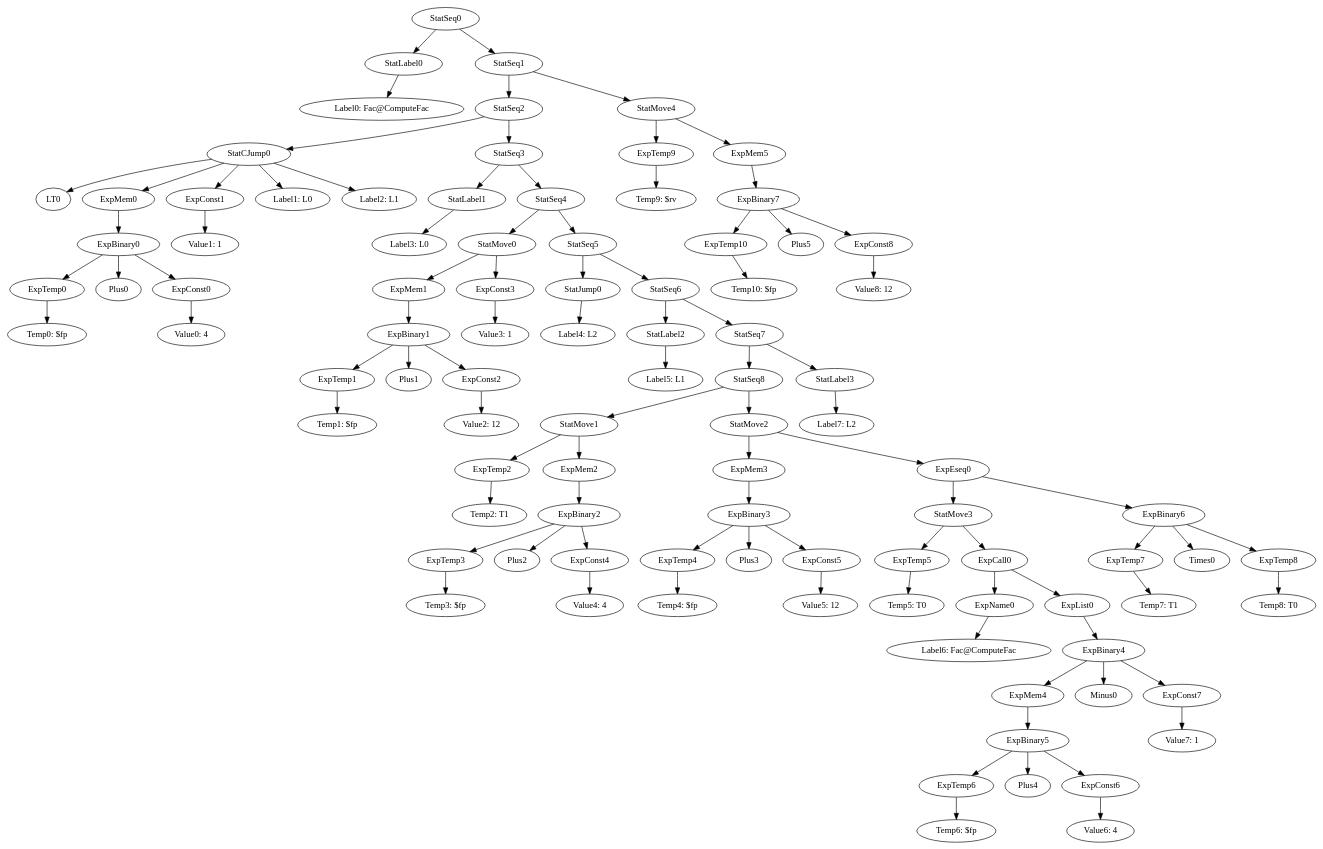
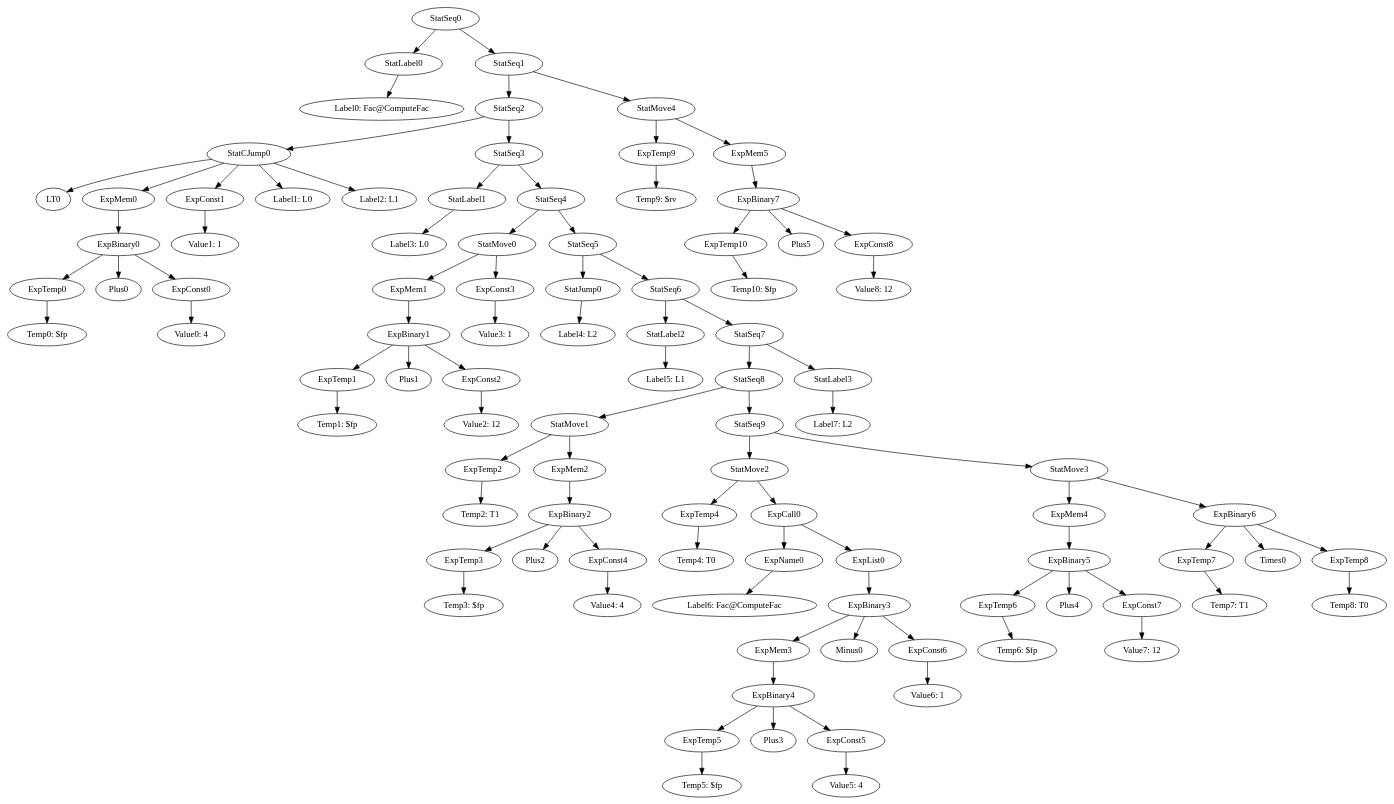
The diagram in MiniJava/results/SamplesCorrect/Factorial/irtCanon2_Fac@ComputeFac.gv (team-compilers/compilers), drawn with Graphviz before and after one commit. The commit also changed 2 other files, not shown here.

```diff
--- a/MiniJava/results/SamplesCorrect/Factorial/irtCanon2_Fac@ComputeFac.gv
+++ b/MiniJava/results/SamplesCorrect/Factorial/irtCanon2_Fac@ComputeFac.gv
@@ -1,97 +1,97 @@
 digraph {
 	ordering = out;
 	ExpTemp10 -> "Temp10: $fp";
 	StatMove4 -> ExpTemp9;
 	StatMove4 -> ExpMem5;
 	ExpTemp9 -> "Temp9: $rv";
 	StatSeq1 -> StatSeq2;
 	StatSeq1 -> StatMove4;
 	StatSeq7 -> StatSeq8;
 	StatSeq7 -> StatLabel3;
 	ExpBinary7 -> ExpTemp10;
 	ExpBinary7 -> Plus5;
 	ExpBinary7 -> ExpConst8;
 	ExpTemp8 -> "Temp8: T0";
 	ExpBinary6 -> ExpTemp7;
 	ExpBinary6 -> Times0;
 	ExpBinary6 -> ExpTemp8;
 	StatSeq5 -> StatJump0;
 	StatSeq5 -> StatSeq6;
 	StatMove1 -> ExpTemp2;
 	StatMove1 -> ExpMem2;
 	StatLabel2 -> "Label5: L1";
 	StatJump0 -> "Label4: L2";
 	StatSeq4 -> StatMove0;
 	StatSeq4 -> StatSeq5;
 	StatLabel1 -> "Label3: L0";
 	ExpMem2 -> ExpBinary2;
 	ExpCall0 -> ExpName0;
 	ExpCall0 -> ExpList0;
+	StatSeq9 -> StatMove2;
+	StatSeq9 -> StatMove3;
 	ExpConst3 -> "Value3: 1";
-	ExpConst7 -> "Value7: 1";
+	ExpConst7 -> "Value7: 12";
 	ExpTemp1 -> "Temp1: $fp";
 	StatSeq0 -> StatLabel0;
 	StatSeq0 -> StatSeq1;
-	ExpTemp5 -> "Temp5: T0";
+	ExpTemp5 -> "Temp5: $fp";
 	StatSeq6 -> StatLabel2;
 	StatSeq6 -> StatSeq7;
 	ExpTemp3 -> "Temp3: $fp";
 	StatSeq8 -> StatMove1;
-	StatSeq8 -> StatMove2;
+	StatSeq8 -> StatSeq9;
 	StatMove0 -> ExpMem1;
 	StatMove0 -> ExpConst3;
 	StatSeq3 -> StatLabel1;
 	StatSeq3 -> StatSeq4;
 	ExpTemp7 -> "Temp7: T1";
 	ExpTemp0 -> "Temp0: $fp";
 	ExpBinary0 -> ExpTemp0;
 	ExpBinary0 -> Plus0;
 	ExpBinary0 -> ExpConst0;
 	ExpMem4 -> ExpBinary5;
 	ExpBinary1 -> ExpTemp1;
 	ExpBinary1 -> Plus1;
 	ExpBinary1 -> ExpConst2;
 	ExpMem0 -> ExpBinary0;
 	StatSeq2 -> StatCJump0;
 	StatSeq2 -> StatSeq3;
 	ExpMem1 -> ExpBinary1;
-	ExpConst6 -> "Value6: 4";
+	ExpConst6 -> "Value6: 1";
 	ExpConst1 -> "Value1: 1";
 	ExpTemp2 -> "Temp2: T1";
 	ExpMem5 -> ExpBinary7;
 	StatLabel0 -> "Label0: Fac@ComputeFac";
 	ExpBinary2 -> ExpTemp3;
 	ExpBinary2 -> Plus2;
 	ExpBinary2 -> ExpConst4;
 	ExpConst8 -> "Value8: 12";
 	StatLabel3 -> "Label7: L2";
 	ExpConst4 -> "Value4: 4";
-	ExpTemp4 -> "Temp4: $fp";
+	ExpTemp4 -> "Temp4: T0";
+	StatMove2 -> ExpTemp4;
+	StatMove2 -> ExpCall0;
+	ExpName0 -> "Label6: Fac@ComputeFac";
+	ExpConst0 -> "Value0: 4";
+	ExpBinary4 -> ExpTemp5;
+	ExpBinary4 -> Plus3;
+	ExpBinary4 -> ExpConst5;
+	ExpConst5 -> "Value5: 4";
 	ExpConst2 -> "Value2: 12";
-	ExpBinary3 -> ExpTemp4;
-	ExpBinary3 -> Plus3;
-	ExpBinary3 -> ExpConst5;
-	ExpConst5 -> "Value5: 12";
-	ExpMem3 -> ExpBinary3;
-	StatMove2 -> ExpMem3;
-	StatMove2 -> ExpEseq0;
-	StatMove3 -> ExpTemp5;
-	StatMove3 -> ExpCall0;
-	ExpName0 -> "Label6: Fac@ComputeFac";
-	ExpTemp6 -> "Temp6: $fp";
-	ExpBinary5 -> ExpTemp6;
-	ExpBinary5 -> Plus4;
-	ExpBinary5 -> ExpConst6;
-	ExpConst0 -> "Value0: 4";
-	ExpBinary4 -> ExpMem4;
-	ExpBinary4 -> Minus0;
-	ExpBinary4 -> ExpConst7;
+	ExpBinary3 -> ExpMem3;
+	ExpBinary3 -> Minus0;
+	ExpBinary3 -> ExpConst6;
+	ExpMem3 -> ExpBinary4;
 	StatCJump0 -> LT0;
 	StatCJump0 -> ExpMem0;
 	StatCJump0 -> ExpConst1;
 	StatCJump0 -> "Label1: L0";
 	StatCJump0 -> "Label2: L1";
-	ExpList0 -> ExpBinary4;
-	ExpEseq0 -> StatMove3;
-	ExpEseq0 -> ExpBinary6;
+	ExpList0 -> ExpBinary3;
+	ExpTemp6 -> "Temp6: $fp";
+	ExpBinary5 -> ExpTemp6;
+	ExpBinary5 -> Plus4;
+	ExpBinary5 -> ExpConst7;
+	StatMove3 -> ExpMem4;
+	StatMove3 -> ExpBinary6;
 }
```
